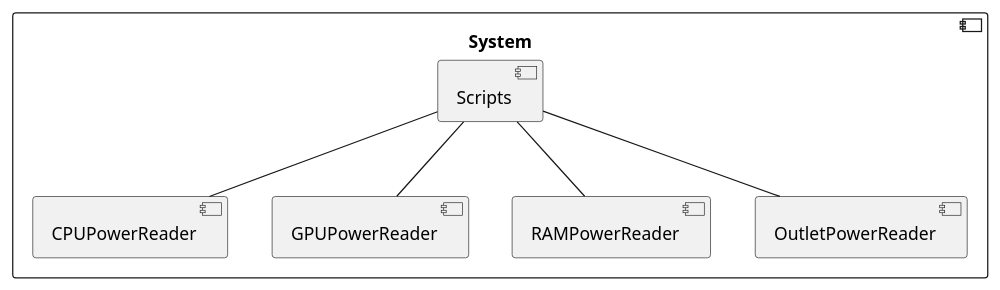
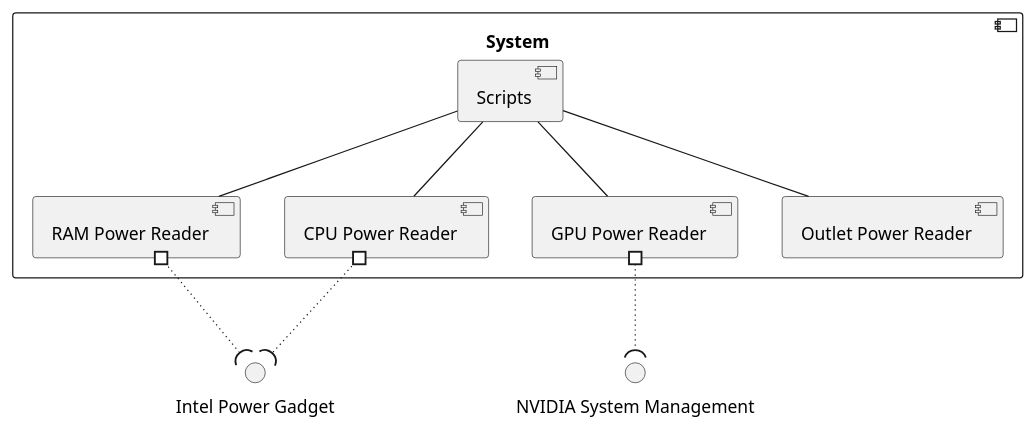
The diagram in doc/vistas/Vista_Logica_N2.puml (rafaeldpsilva/process-energy-estimation), drawn with PlantUML before and after one commit. The commit also changed 6 other files, not shown here.

Commit message:
Diagramas

```diff
--- a/doc/vistas/Vista_Logica_N2.puml
+++ b/doc/vistas/Vista_Logica_N2.puml
@@ -1,14 +1,21 @@
 @startuml
 component System{
     component Scripts 
-    component CPUPowerReader
-    component GPUPowerReader
-    component RAMPowerReader
-    component OutletPowerReader
+    component "CPU Power Reader" as CPU
+    component "GPU Power Reader" as GPU
+    component "RAM Power Reader" as RAM
+    component "Outlet Power Reader" as OUT
 }
 
-Scripts -- CPUPowerReader
-Scripts -- RAMPowerReader
-Scripts -- GPUPowerReader
-Scripts -- OutletPowerReader
+interface "Intel Power Gadget" as IPG
+interface "NVIDIA System Management" as NSMI
+
+CPU #~~( IPG
+RAM #~~( IPG
+GPU #~~( NSMI
+
+Scripts -- CPU
+Scripts -- GPU
+Scripts -- RAM
+Scripts -- OUT
 @enduml
```
